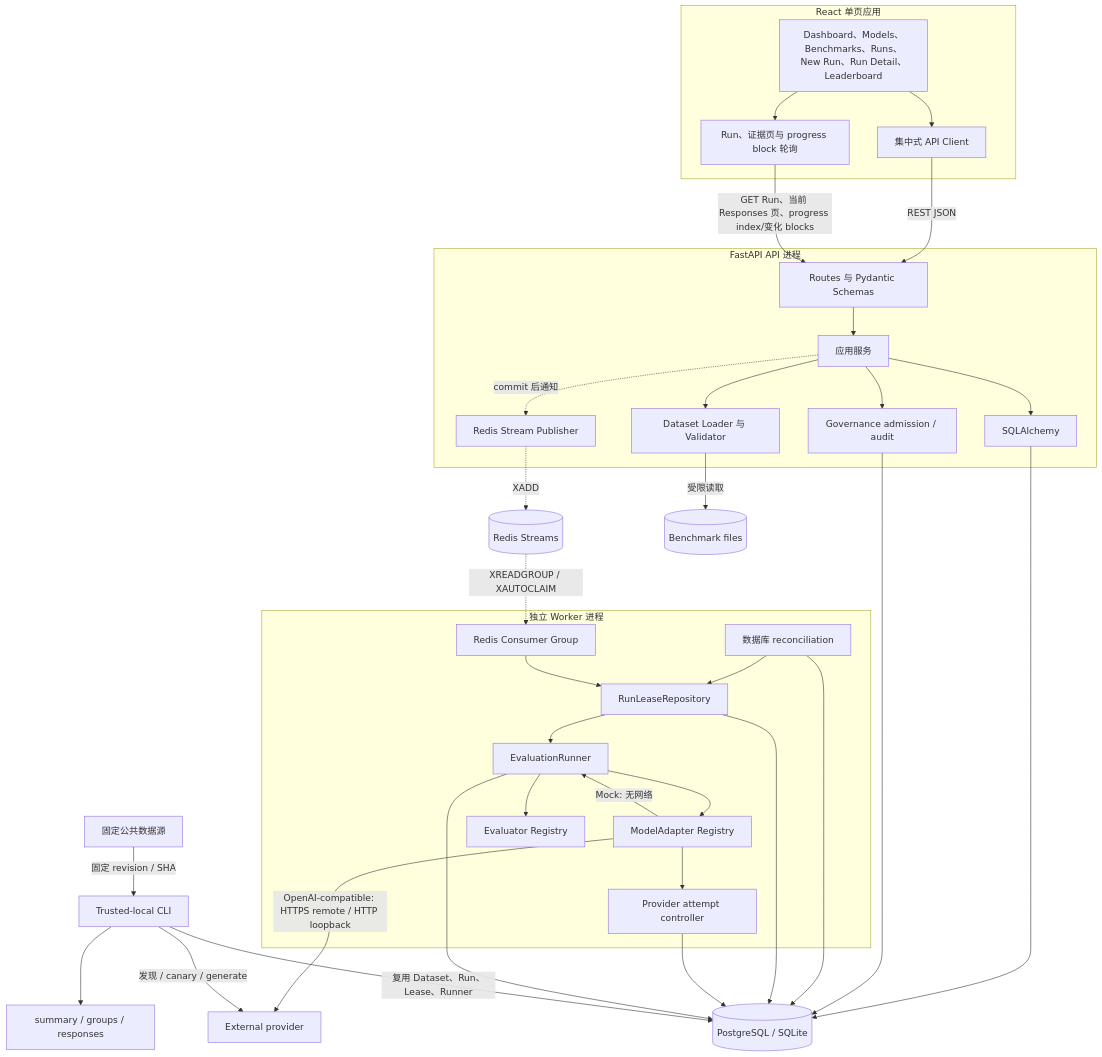
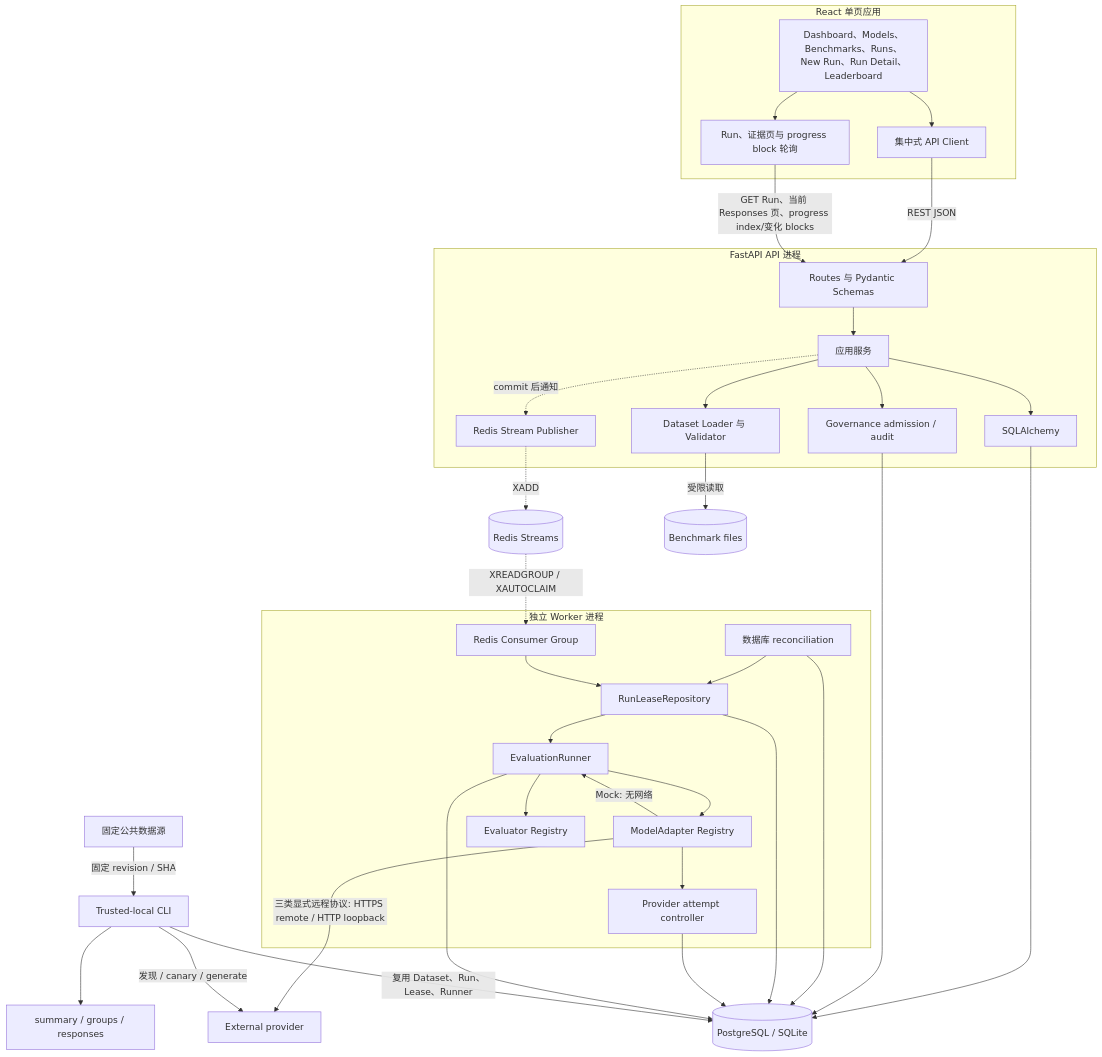
Before and after one commit to CWNU-Open-Source-Community/LLMBenchLab: the second of 7 diagrams in docs/ARCHITECTURE.md, drawn with Mermaid. The commit also changed other lines of this file and 58 other files, not shown here.

````diff
--- a/docs/ARCHITECTURE.md
+++ b/docs/ARCHITECTURE.md
@@ -61,65 +61,65 @@
 ```mermaid
 flowchart TB
     subgraph FE[React 单页应用]
         Pages[Dashboard、Models、Benchmarks、Runs、New Run、Run Detail、Leaderboard]
         Client[集中式 API Client]
         Poller[Run、证据页与 progress block 轮询]
         Pages --> Client
         Pages --> Poller
     end
 
     subgraph APIProcess[FastAPI API 进程]
         Routes[Routes 与 Pydantic Schemas]
         Services[应用服务]
         Governance[Governance admission / audit]
         Importer[Dataset Loader 与 Validator]
         QueuePublisher[Redis Stream Publisher]
         Routes --> Services
         Services --> Governance
         Services --> Importer
         Services --> APIRepo[SQLAlchemy]
         Services -.->|commit 后通知| QueuePublisher
     end
 
     subgraph WorkerProcess[独立 Worker 进程]
         Reconcile[数据库 reconciliation]
         QueueConsumer[Redis Consumer Group]
         LeaseRepo[RunLeaseRepository]
         AttemptLedger[Provider attempt controller]
         Runner[EvaluationRunner]
         Adapters[ModelAdapter Registry]
         Evaluators[Evaluator Registry]
         Reconcile --> LeaseRepo
         QueueConsumer --> LeaseRepo
         LeaseRepo --> Runner
         Runner --> Adapters
         Adapters --> AttemptLedger
         Runner --> Evaluators
     end
 
     DB[(PostgreSQL / SQLite)]
     Redis[(Redis Streams)]
     Files[(Benchmark files)]
     Provider[External provider]
     PinnedSources[固定公共数据源]
     LocalCLI[Trusted-local CLI]
     ReportFiles[summary / groups / responses]
 
     Client -->|REST JSON| Routes
     Poller -->|GET Run、当前 Responses 页、progress index/变化 blocks| Routes
     Importer -->|受限读取| Files
     APIRepo --> DB
     Governance --> DB
     QueuePublisher -. XADD .-> Redis
     Redis -. XREADGROUP / XAUTOCLAIM .-> QueueConsumer
     Reconcile --> DB
     LeaseRepo --> DB
     AttemptLedger --> DB
     Runner --> DB
     Adapters -->|Mock: 无网络| Runner
-    Adapters -->|OpenAI-compatible: HTTPS remote / HTTP loopback| Provider
+    Adapters -->|三类显式远程协议: HTTPS remote / HTTP loopback| Provider
     PinnedSources -->|固定 revision / SHA| LocalCLI
     LocalCLI -->|复用 Dataset、Run、Lease、Runner| DB
     LocalCLI -->|发现 / canary / generate| Provider
     LocalCLI --> ReportFiles
 ```
````
